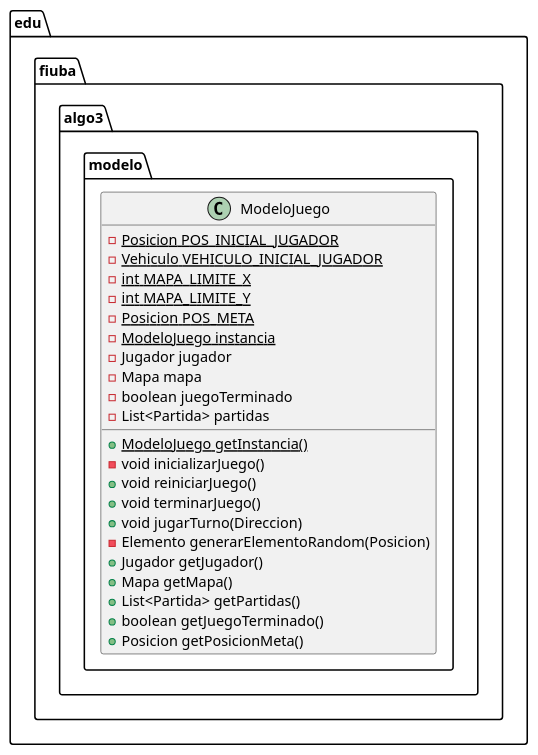
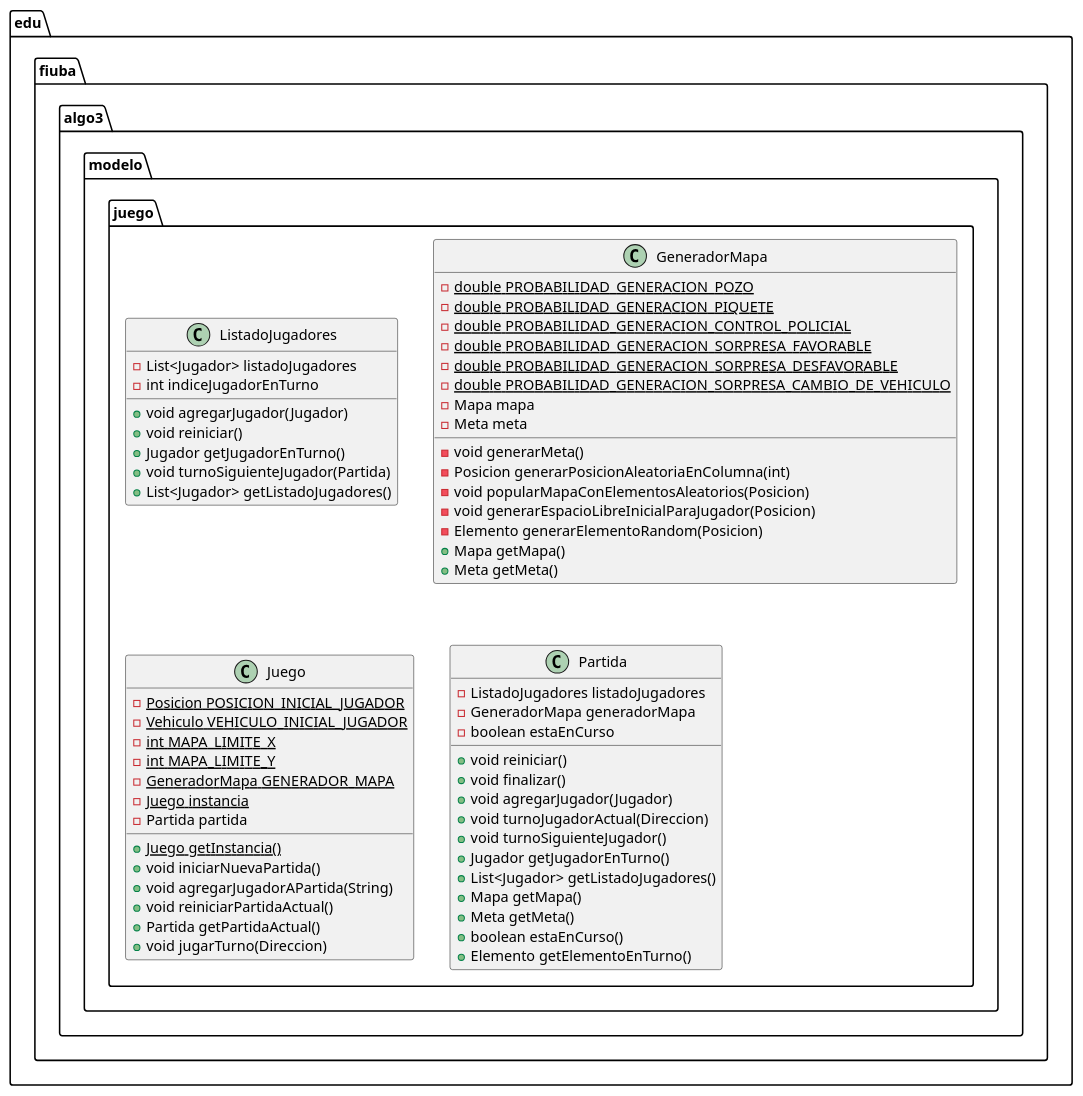
Before and after one commit to Pablo1107/algo3-tp2: the fifth of 11 diagrams in informe.org, drawn with PlantUML. The commit also changed other lines of this file and 6 other files, not shown here.

```diff
--- a/informe.org
+++ b/informe.org
@@ -263,25 +263,59 @@
-#+begin_src plantuml :file ./diagramas/clases-modelojuego.png
-class edu.fiuba.algo3.modelo.ModeloJuego {
-- {static} Posicion POS_INICIAL_JUGADOR
+#+begin_src plantuml :file ./diagramas/clases-juego.png
+class edu.fiuba.algo3.modelo.juego.ListadoJugadores {
+- List<Jugador> listadoJugadores
+- int indiceJugadorEnTurno
++ void agregarJugador(Jugador)
++ void reiniciar()
++ Jugador getJugadorEnTurno()
++ void turnoSiguienteJugador(Partida)
++ List<Jugador> getListadoJugadores()
+}
+class edu.fiuba.algo3.modelo.juego.GeneradorMapa {
+- {static} double PROBABILIDAD_GENERACION_POZO
+- {static} double PROBABILIDAD_GENERACION_PIQUETE
+- {static} double PROBABILIDAD_GENERACION_CONTROL_POLICIAL
+- {static} double PROBABILIDAD_GENERACION_SORPRESA_FAVORABLE
+- {static} double PROBABILIDAD_GENERACION_SORPRESA_DESFAVORABLE
+- {static} double PROBABILIDAD_GENERACION_SORPRESA_CAMBIO_DE_VEHICULO
+- Mapa mapa
+- Meta meta
+- void generarMeta()
+- Posicion generarPosicionAleatoriaEnColumna(int)
+- void popularMapaConElementosAleatorios(Posicion)
+- void generarEspacioLibreInicialParaJugador(Posicion)
+- Elemento generarElementoRandom(Posicion)
++ Mapa getMapa()
++ Meta getMeta()
+}
+class edu.fiuba.algo3.modelo.juego.Juego {
+- {static} Posicion POSICION_INICIAL_JUGADOR
 - {static} Vehiculo VEHICULO_INICIAL_JUGADOR
 - {static} int MAPA_LIMITE_X
 - {static} int MAPA_LIMITE_Y
-- {static} Posicion POS_META
-- {static} ModeloJuego instancia
-- Jugador jugador
-- Mapa mapa
-- boolean juegoTerminado
-- List<Partida> partidas
-+ {static} ModeloJuego getInstancia()
-- void inicializarJuego()
-+ void reiniciarJuego()
-+ void terminarJuego()
+- {static} GeneradorMapa GENERADOR_MAPA
+- {static} Juego instancia
+- Partida partida
++ {static} Juego getInstancia()
++ void iniciarNuevaPartida()
++ void agregarJugadorAPartida(String)
++ void reiniciarPartidaActual()
++ Partida getPartidaActual()
 + void jugarTurno(Direccion)
-- Elemento generarElementoRandom(Posicion)
-+ Jugador getJugador()
+}
+class edu.fiuba.algo3.modelo.juego.Partida {
+- ListadoJugadores listadoJugadores
+- GeneradorMapa generadorMapa
+- boolean estaEnCurso
++ void reiniciar()
++ void finalizar()
++ void agregarJugador(Jugador)
++ void turnoJugadorActual(Direccion)
++ void turnoSiguienteJugador()
++ Jugador getJugadorEnTurno()
++ List<Jugador> getListadoJugadores()
 + Mapa getMapa()
-+ List<Partida> getPartidas()
-+ boolean getJuegoTerminado()
-+ Posicion getPosicionMeta()
++ Meta getMeta()
++ boolean estaEnCurso()
++ Elemento getElementoEnTurno()
 }
 #+end_src
```
